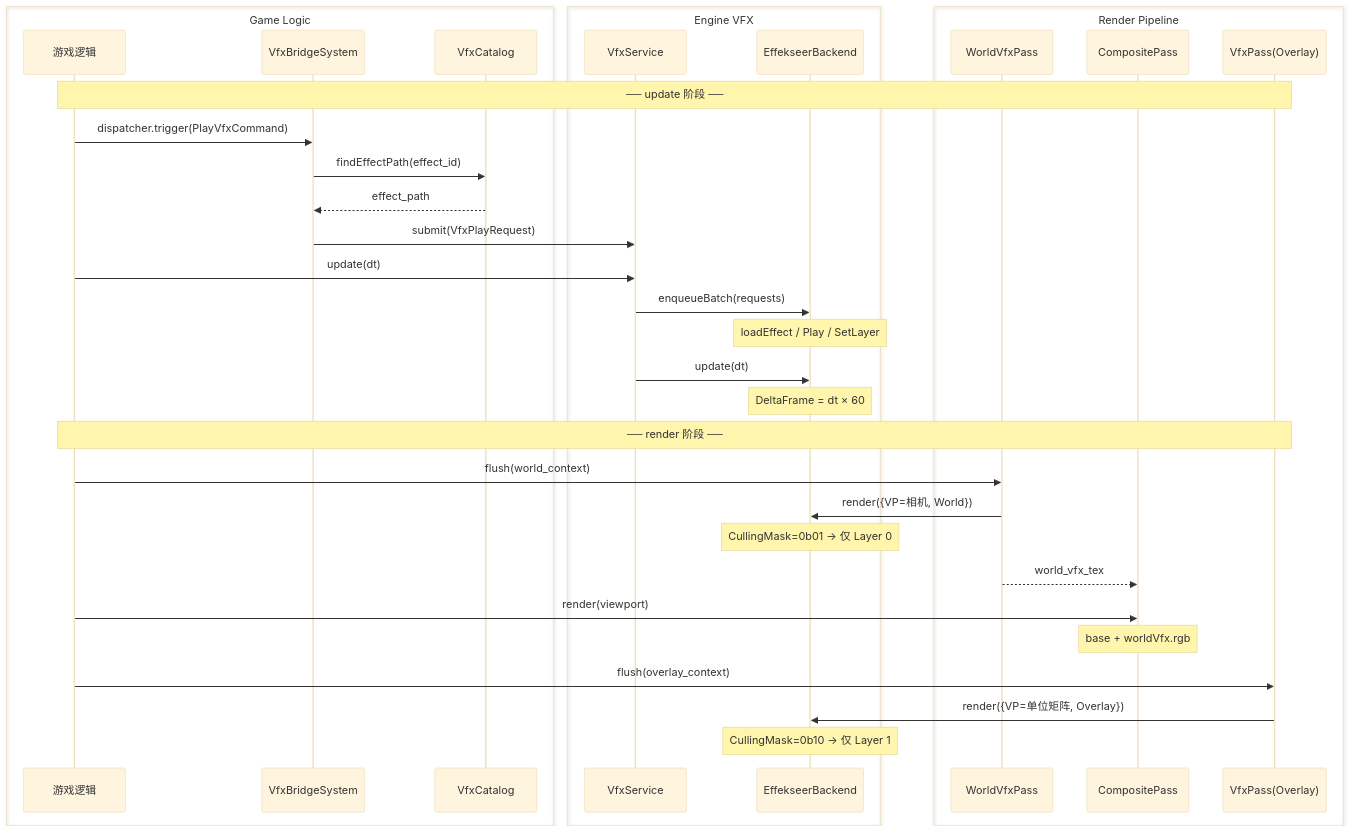
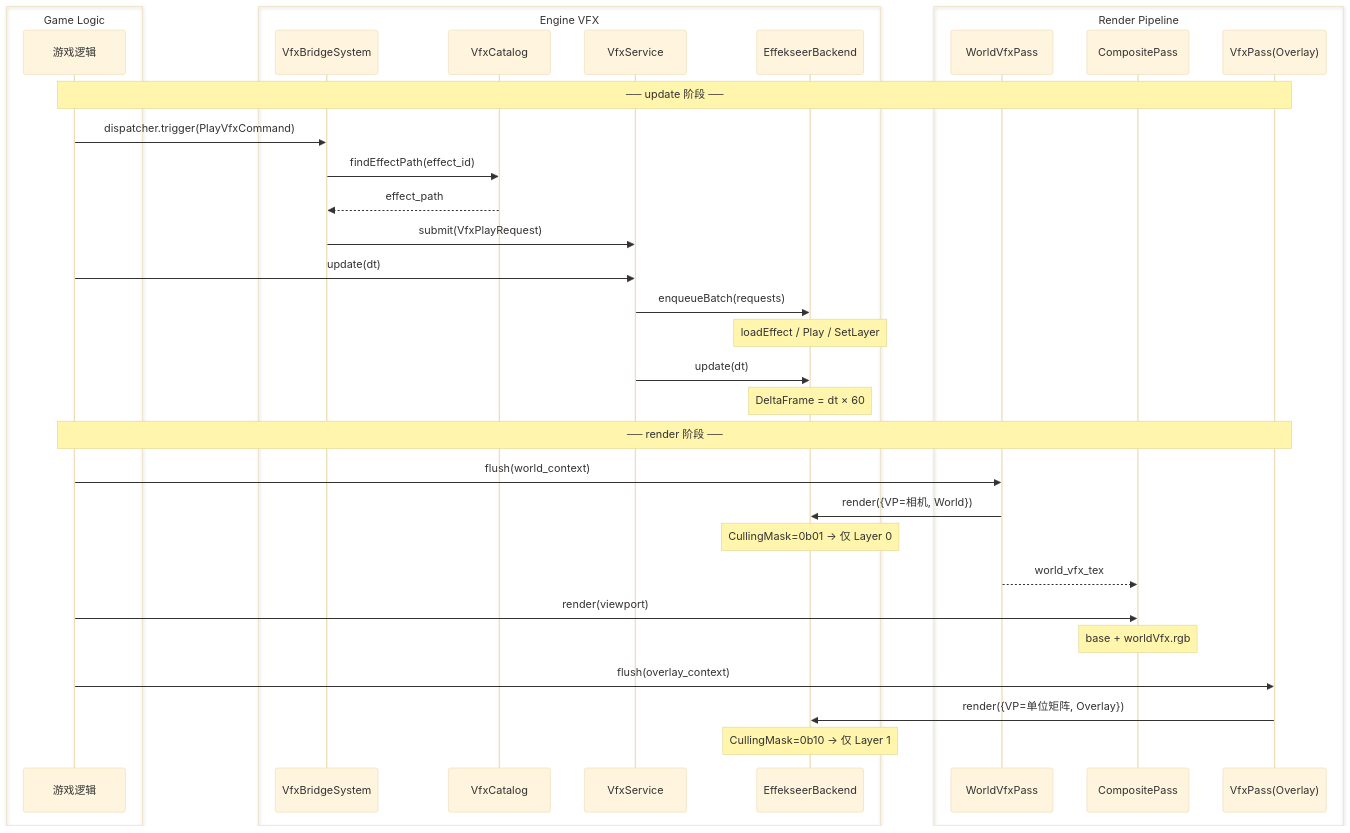
One commit to WispSnow/TinyFarmRPG changed diagram 12 of 13 in docs/engine/vfx_and_effekseer.md. Above: the diagram before and after it, drawn with Mermaid (base theme). The commit also changed other lines of this file, not shown here.

Commit message:
docs: 更新 VFX 系统与 Effekseer 集成文档，修正用途描述并调整参与者结构

````diff
--- a/docs/engine/vfx_and_effekseer.md
+++ b/docs/engine/vfx_and_effekseer.md
@@ -456,41 +456,41 @@
 ```mermaid
 sequenceDiagram
     box Game Logic
         participant GL as 游戏逻辑
+    end
+    box Engine VFX
         participant BS as VfxBridgeSystem
         participant VC as VfxCatalog
-    end
-    box Engine VFX
         participant VS as VfxService
         participant BE as EffekseerBackend
     end
     box Render Pipeline
         participant WP as WorldVfxPass
         participant CP as CompositePass
         participant OP as VfxPass(Overlay)
     end
 
     Note over GL,OP: ── update 阶段 ──
     GL->>BS: dispatcher.trigger(PlayVfxCommand)
     BS->>VC: findEffectPath(effect_id)
     VC-->>BS: effect_path
     BS->>VS: submit(VfxPlayRequest)
     GL->>VS: update(dt)
     VS->>BE: enqueueBatch(requests)
     Note over BE: loadEffect / Play / SetLayer
     VS->>BE: update(dt)
     Note over BE: DeltaFrame = dt × 60
 
     Note over GL,OP: ── render 阶段 ──
     GL->>WP: flush(world_context)
     WP->>BE: render({VP=相机, World})
     Note over BE: CullingMask=0b01 → 仅 Layer 0
     WP-->>CP: world_vfx_tex
 
     GL->>CP: render(viewport)
     Note over CP: base + worldVfx.rgb
 
     GL->>OP: flush(overlay_context)
     OP->>BE: render({VP=单位矩阵, Overlay})
     Note over BE: CullingMask=0b10 → 仅 Layer 1
 ```
````
